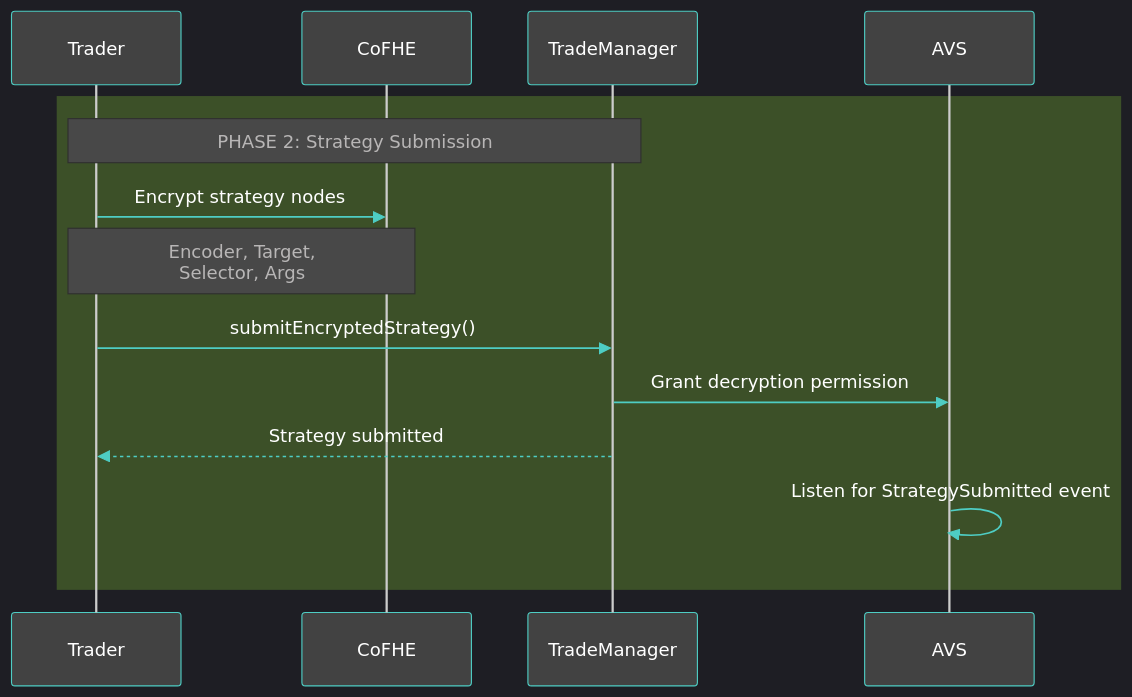
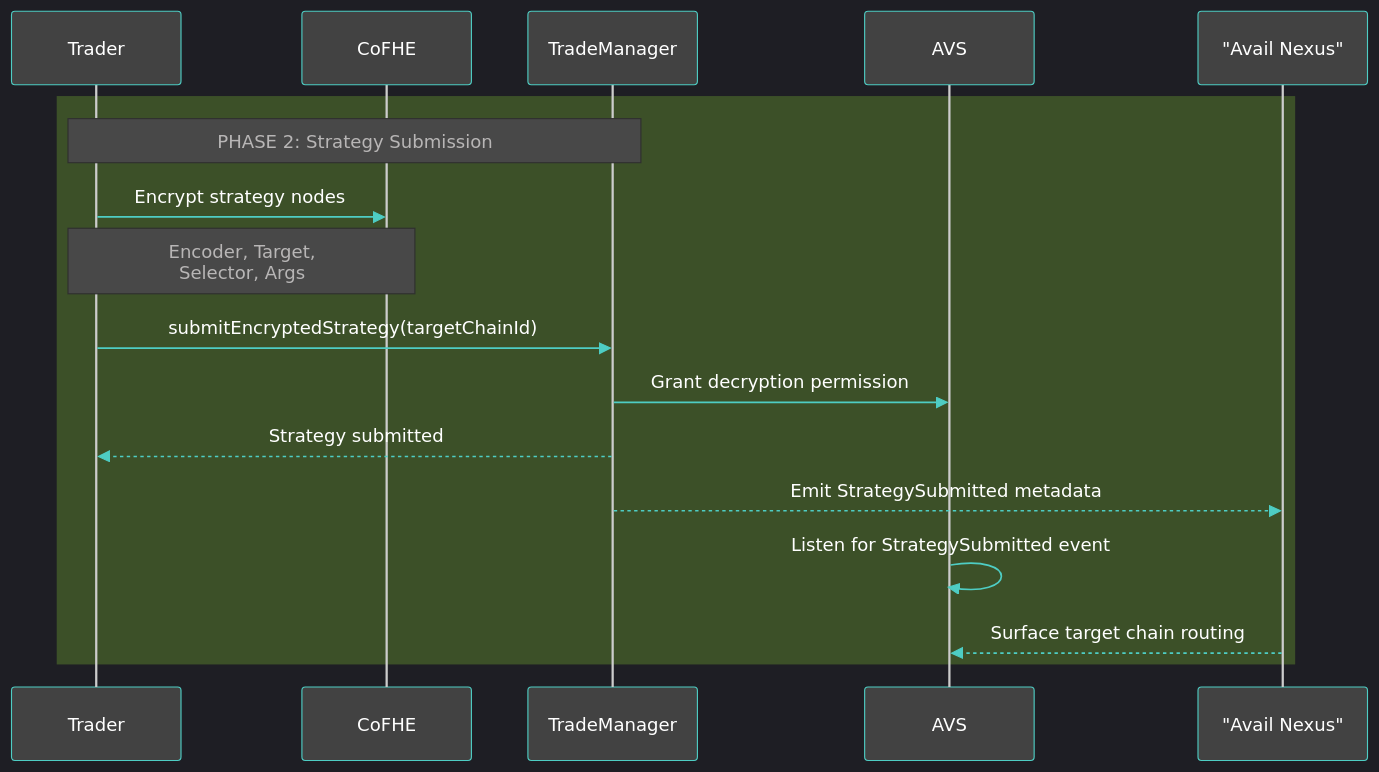
One commit to Nilay27/CifherTradeArena changed the second of 5 diagrams in README.md. Above: the diagram before and after it, drawn with Mermaid. The commit also changed other lines of this file and 3 other files, not shown here.

Commit message:
Modify readme to include nexus in sequence diagram

````diff
--- a/README.md
+++ b/README.md
@@ -95,18 +95,21 @@
 ```mermaid
 %%{init: {'theme':'dark', 'themeVariables': { 'primaryColor':'#4ecdc4', 'primaryTextColor':'#fff', 'primaryBorderColor':'#45b7d1', 'lineColor':'#4ecdc4', 'secondaryColor':'#ff6b6b', 'tertiaryColor':'#3700b3', 'background':'#121212', 'mainBkg':'#1f1f1f', 'secondBkg':'#2d2d2d', 'labelBackground':'#2d2d2d', 'actorBkg':'#424242', 'actorBorder':'#4ecdc4', 'actorTextColor':'#fff', 'signalColor':'#4ecdc4', 'signalTextColor':'#fff'}}}%%
 sequenceDiagram
     participant Trader
     participant CoFHE
     participant TradeManager
     participant AVS
+    participant "Avail Nexus"
 
     rect rgb(60, 80, 40)
         Note over Trader,TradeManager: PHASE 2: Strategy Submission
         Trader->>CoFHE: Encrypt strategy nodes
         Note over Trader,CoFHE: Encoder, Target,<br/>Selector, Args
-        Trader->>TradeManager: submitEncryptedStrategy()
+        Trader->>TradeManager: submitEncryptedStrategy(targetChainId)
         TradeManager->>AVS: Grant decryption permission
         TradeManager-->>Trader: Strategy submitted
+        TradeManager-->>"Avail Nexus": Emit StrategySubmitted metadata
         AVS->>AVS: Listen for StrategySubmitted event
+        "Avail Nexus"-->>AVS: Surface target chain routing
     end
 ```
````
